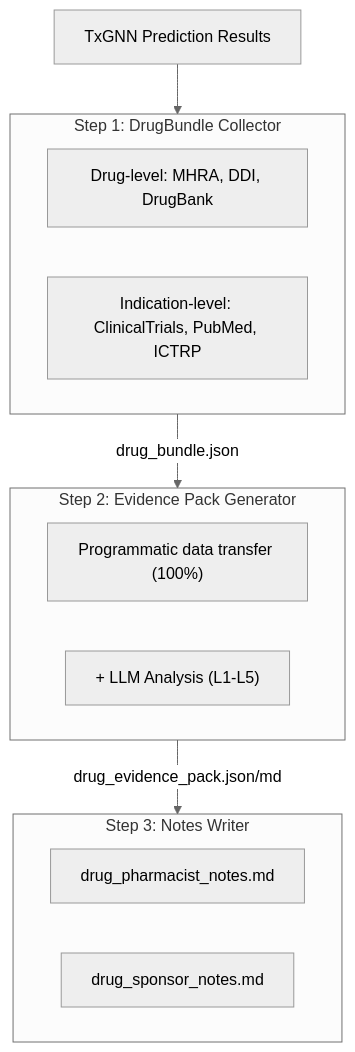
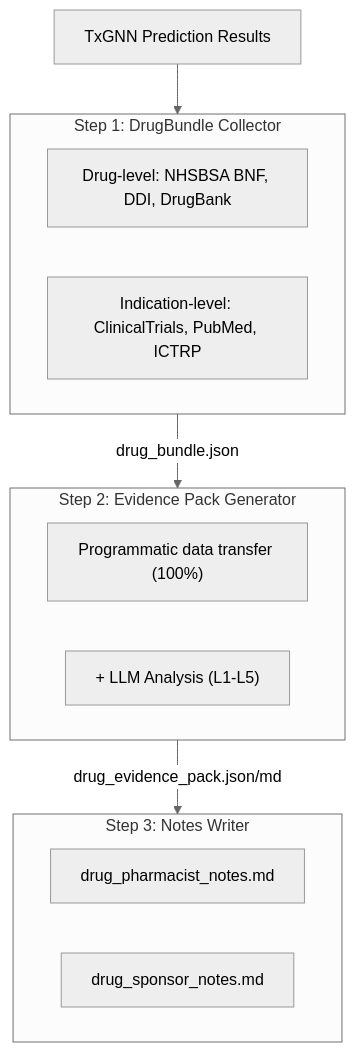
Before and after one commit to yao-care/UkTxGNN: the first of 2 diagrams in README.md, drawn with Mermaid (neutral theme). The commit also changed other lines of this file and 2 other files, not shown here.

First line of the commit message:
其餘資料來源描述改寫實際資料集：MHRA → NHSBSA BNF 代碼清單

````diff
--- a/README.md
+++ b/README.md
@@ -129,18 +129,18 @@
 ```mermaid
 flowchart TD
     A["TxGNN Prediction Results"] --> B
     subgraph B["Step 1: DrugBundle Collector"]
-        B1["Drug-level: MHRA, DDI, DrugBank"]
+        B1["Drug-level: NHSBSA BNF, DDI, DrugBank"]
         B2["Indication-level: ClinicalTrials, PubMed, ICTRP"]
     end
     B --> |"drug_bundle.json"| C
     subgraph C["Step 2: Evidence Pack Generator"]
         C1["Programmatic data transfer (100%)"]
         C2["+ LLM Analysis (L1-L5)"]
     end
     C --> |"drug_evidence_pack.json/md"| D
     subgraph D["Step 3: Notes Writer"]
         D1["drug_pharmacist_notes.md"]
         D2["drug_sponsor_notes.md"]
     end
 ```
````
